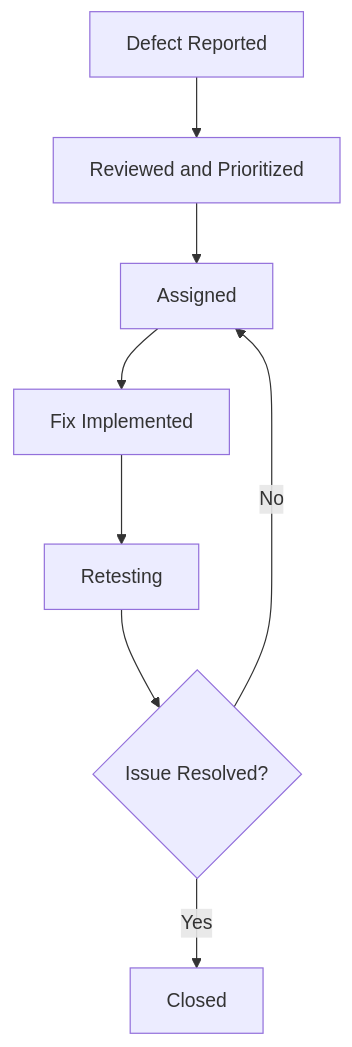
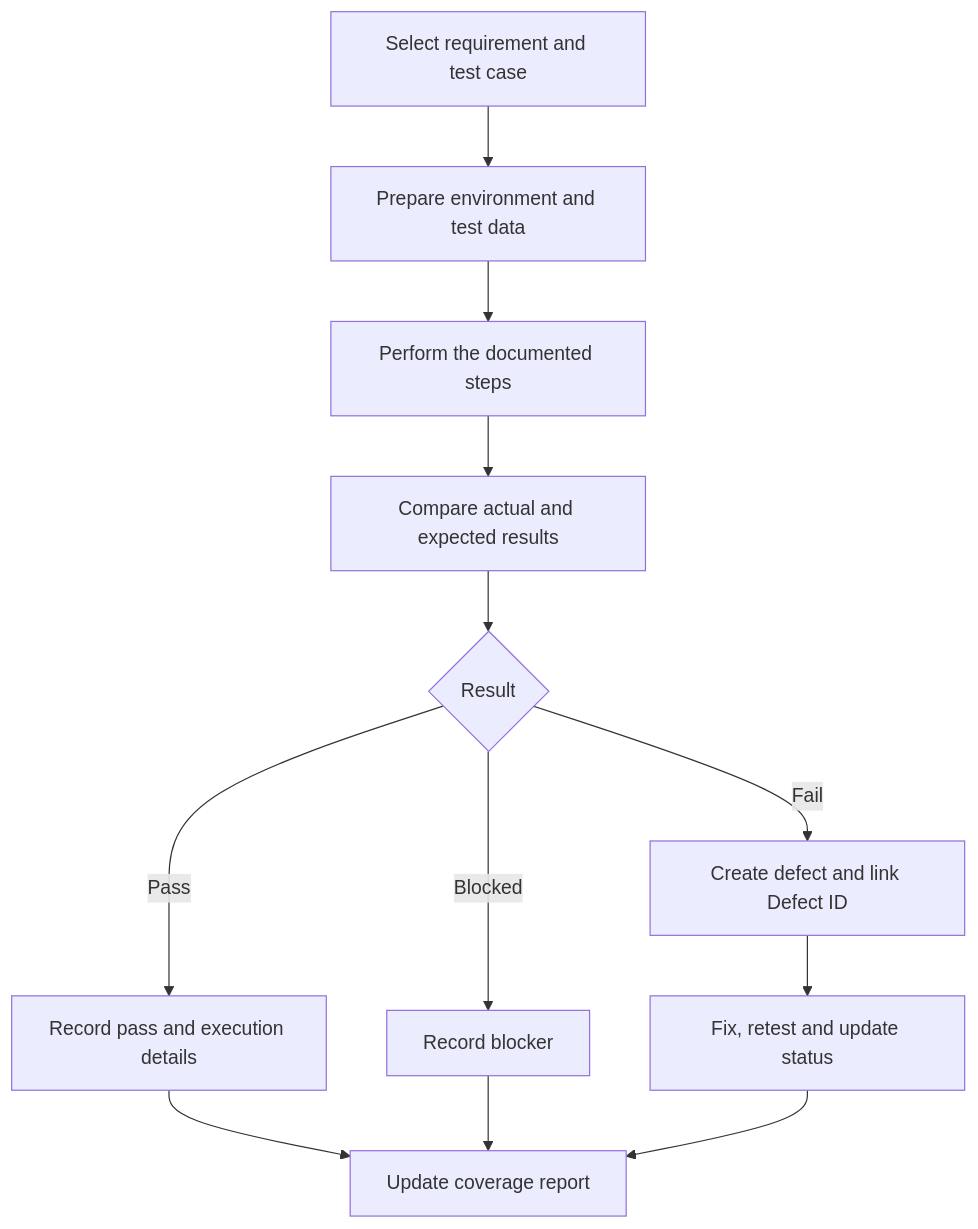
Before and after one commit to akirachix/techelle-technical-documentation: the diagram in docs/qa/index.md, drawn with Mermaid. The commit also changed other lines of this file and 1 other file, not shown here.

Commit message:
docs: update AI and QA documentation with verified results

````diff
--- a/docs/qa/index.md
+++ b/docs/qa/index.md
@@ -553,10 +140,14 @@
 ```mermaid
 flowchart TD
-    A[Defect Reported] --> B[Reviewed and Prioritized]
-    B --> C[Assigned]
-    C --> D[Fix Implemented]
-    D --> E[Retesting]
-    E --> F{Issue Resolved?}
-    F -->|Yes| G[Closed]
-    F -->|No| C
+    A[Select requirement and test case] --> B[Prepare environment and test data]
+    B --> C[Perform the documented steps]
+    C --> D[Compare actual and expected results]
+    D --> E{Result}
+    E -->|Pass| F[Record pass and execution details]
+    E -->|Fail| G[Create defect and link Defect ID]
+    E -->|Blocked| H[Record blocker]
+    G --> I[Fix, retest and update status]
+    F --> J[Update coverage report]
+    H --> J
+    I --> J
 ```
````
